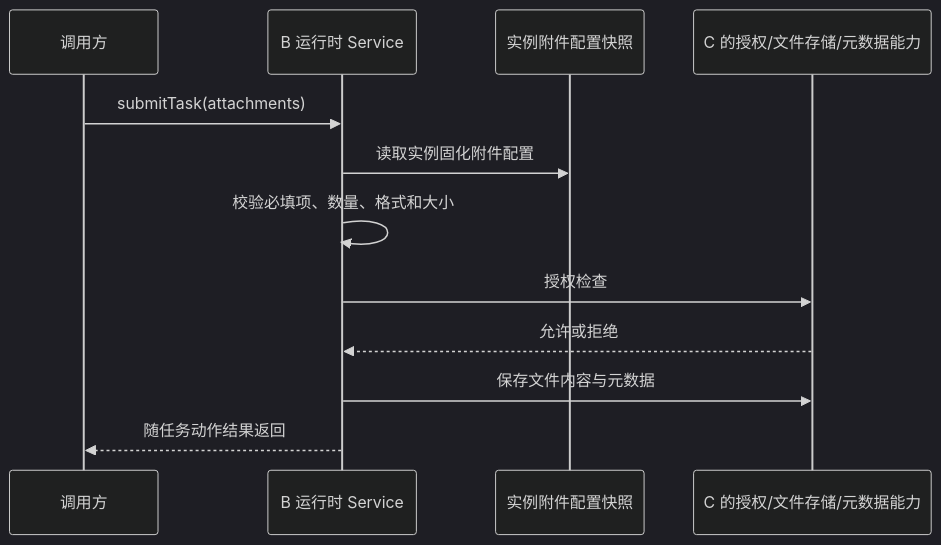
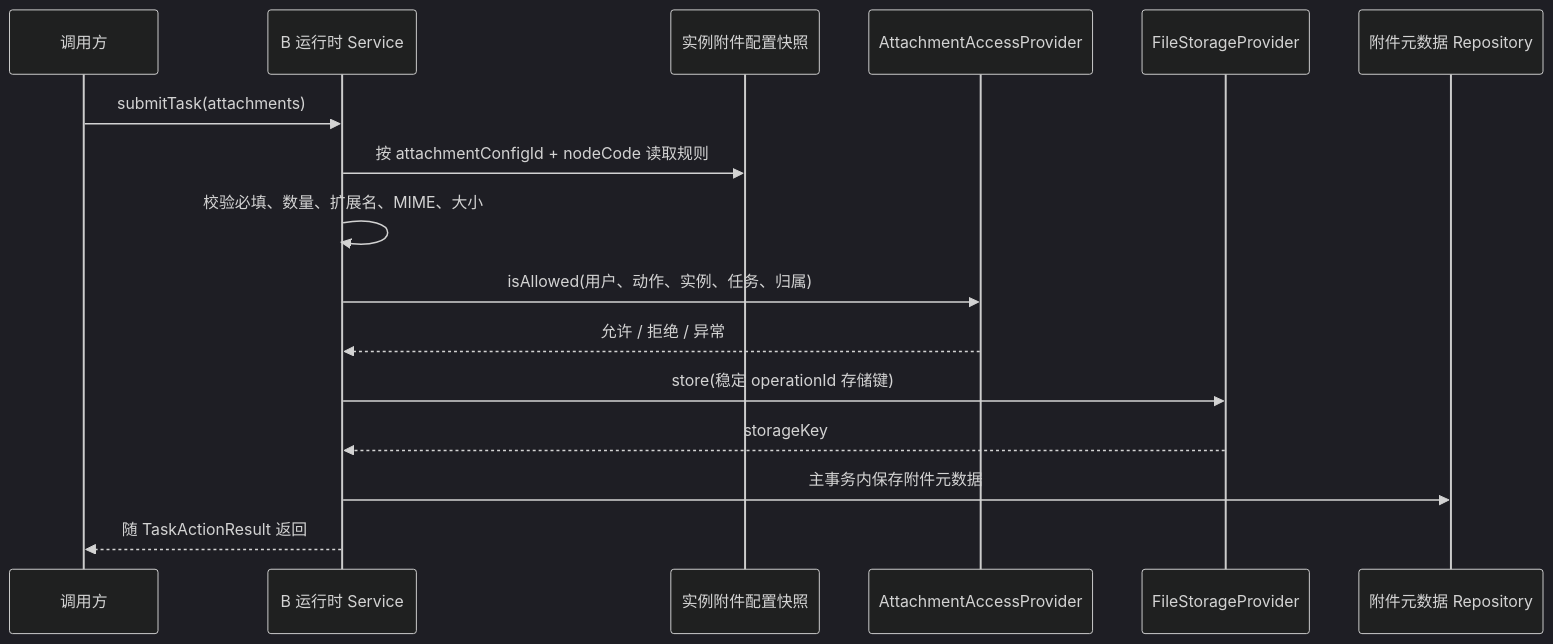
One commit to ZQ7777777/flow-mind changed the seventh of 8 diagrams in doc/实习生B/流程平台技术文档_实习生B.md. Above: the diagram before and after it, drawn with Mermaid (dark theme). The commit also changed other lines of this file, not shown here.

````diff
--- a/doc/实习生B/流程平台技术文档_实习生B.md
+++ b/doc/实习生B/流程平台技术文档_实习生B.md
@@ -253,14 +469,18 @@
 ```mermaid
 sequenceDiagram
     participant U as 调用方
     participant B as B 运行时 Service
-    participant A as 实例附件配置快照
-    participant C as C 的授权/文件存储/元数据能力
+    participant Config as 实例附件配置快照
+    participant Access as AttachmentAccessProvider
+    participant Storage as FileStorageProvider
+    participant Repo as 附件元数据 Repository
     U->>B: submitTask(attachments)
-    B->>A: 读取实例固化附件配置
-    B->>B: 校验必填项、数量、格式和大小
-    B->>C: 授权检查
-    C-->>B: 允许或拒绝
-    B->>C: 保存文件内容与元数据
-    B-->>U: 随任务动作结果返回
+    B->>Config: 按 attachmentConfigId + nodeCode 读取规则
+    B->>B: 校验必填、数量、扩展名、MIME、大小
+    B->>Access: isAllowed(用户、动作、实例、任务、归属)
+    Access-->>B: 允许 / 拒绝 / 异常
+    B->>Storage: store(稳定 operationId 存储键)
+    Storage-->>B: storageKey
+    B->>Repo: 主事务内保存附件元数据
+    B-->>U: 随 TaskActionResult 返回
 ```
````
